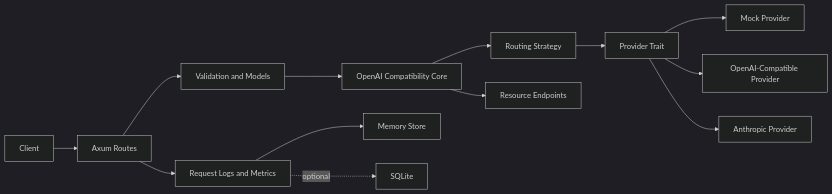
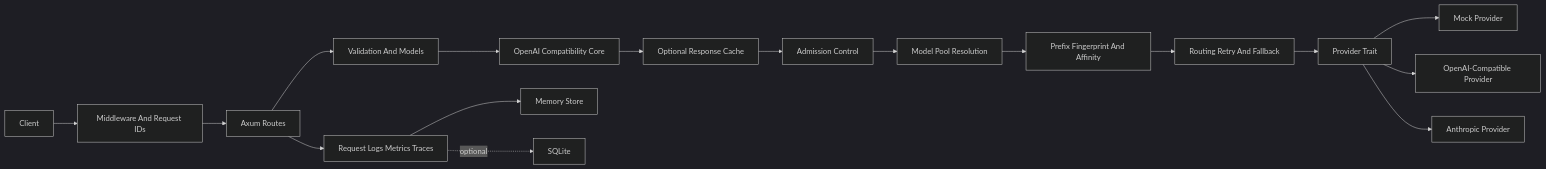
The first of 4 diagrams in docs/architecture.md (justinrm/rustygate), drawn with Mermaid (dark theme) before and after one commit. The commit also changed other lines of this file and 77 other files, not shown here.

````diff
--- a/docs/architecture.md
+++ b/docs/architecture.md
@@ -7,15 +7,19 @@
 ```mermaid
 flowchart LR
-    Client[Client] --> Routes[Axum Routes]
-    Routes --> Models[Validation and Models]
-    Models --> Compat[OpenAI Compatibility Core]
-    Compat --> Router[Routing Strategy]
-    Compat --> ResourceRoutes[Resource Endpoints]
-    Router --> Providers[Provider Trait]
-    Providers --> Mock[Mock Provider]
-    Providers --> OpenAI[OpenAI-Compatible Provider]
-    Providers --> Anthropic[Anthropic Provider]
-    Routes --> Telemetry[Request Logs and Metrics]
-    Telemetry --> Storage[Memory Store]
+    Client[Client] --> Middleware["Middleware And Request IDs"]
+    Middleware --> Routes["Axum Routes"]
+    Routes --> Models["Validation And Models"]
+    Models --> Compat["OpenAI Compatibility Core"]
+    Compat --> Cache["Optional Response Cache"]
+    Cache --> Admission["Admission Control"]
+    Admission --> Pools["Model Pool Resolution"]
+    Pools --> Prefix["Prefix Fingerprint And Affinity"]
+    Prefix --> Router["Routing Retry And Fallback"]
+    Router --> Providers["Provider Trait"]
+    Providers --> Mock["Mock Provider"]
+    Providers --> OpenAI["OpenAI-Compatible Provider"]
+    Providers --> Anthropic["Anthropic Provider"]
+    Routes --> Telemetry["Request Logs Metrics Traces"]
+    Telemetry --> Memory["Memory Store"]
     Telemetry -. optional .-> SQLite[SQLite]
 ```
````
